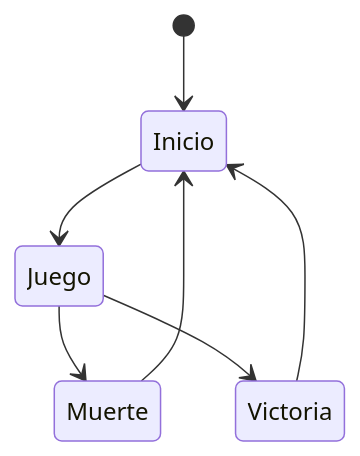
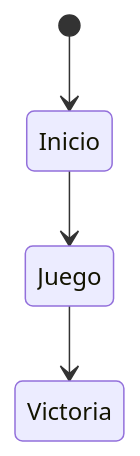
Before and after one commit to narratech/space-base: the first of 2 diagrams in README.md, drawn with Mermaid. The commit also changed other lines of this file, not shown here.

````diff
--- a/README.md
+++ b/README.md
@@ -47,9 +42,6 @@
 ```mermaid
 stateDiagram
     [*] --> Inicio
     Inicio --> Juego
-    Juego --> Muerte
     Juego --> Victoria
-    Muerte --> Inicio
-    Victoria --> Inicio
 ```
````
